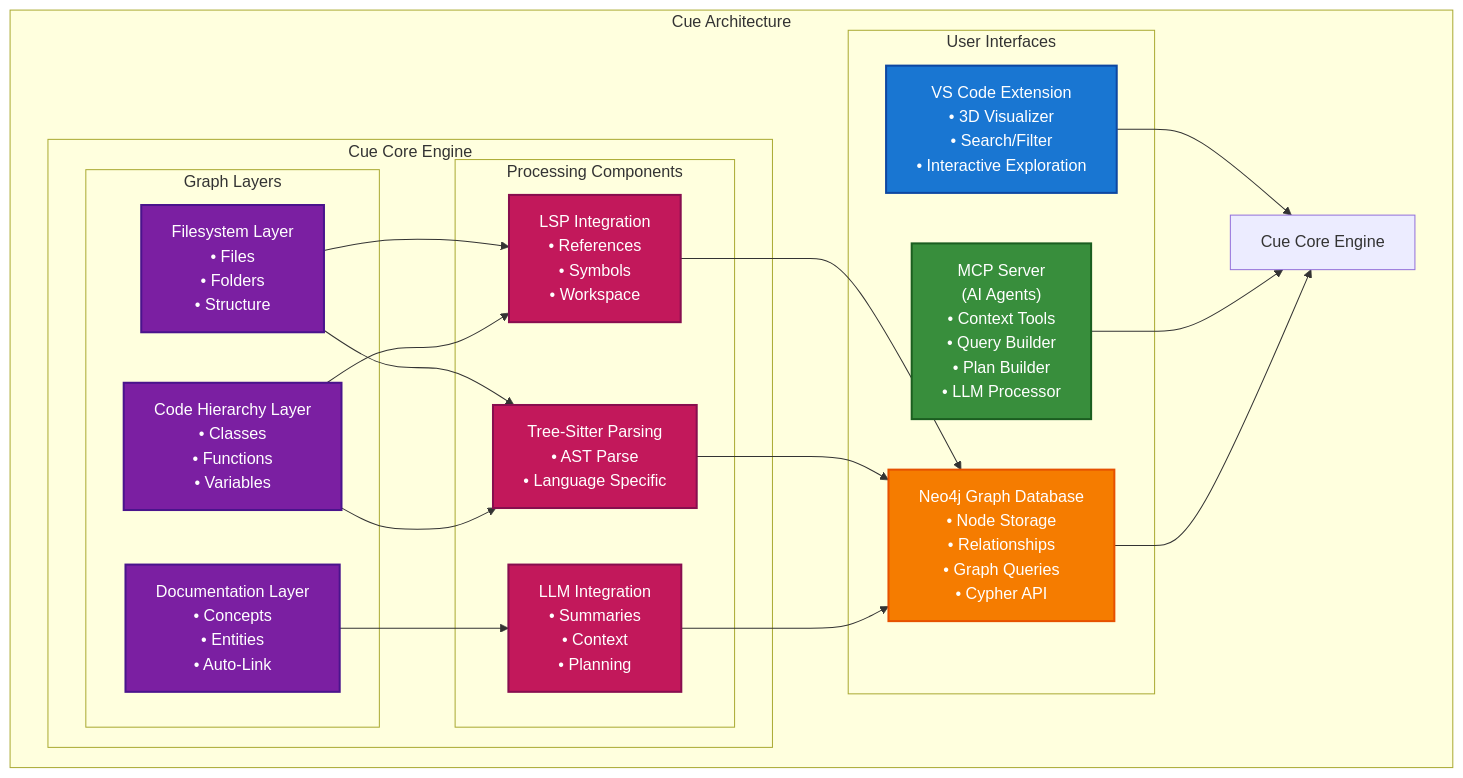
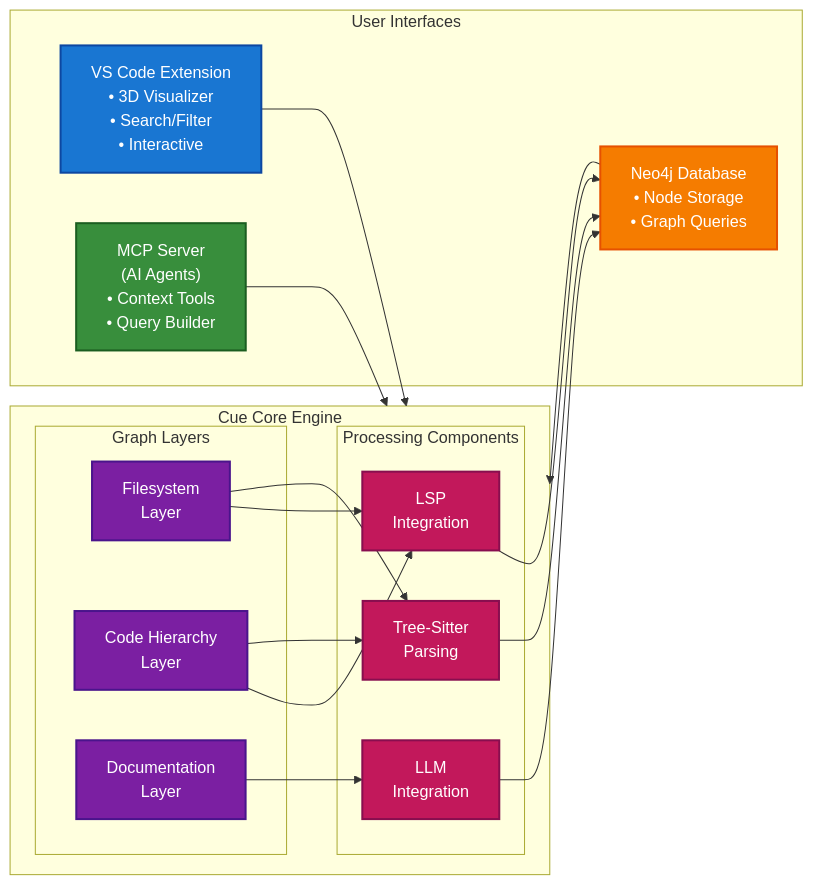
Before and after one commit to rysweet/cue: the diagram in README.md, drawn with Mermaid.

Commit message:
fix: prevent Mermaid diagram truncation with horizontal layout
- Changed from top-bottom (TB) to left-right (LR) flowchart layout
- Simplified node labels to prevent overflow
- Reduced text in each box to essential information
- Maintains dark backgrounds with white text for contrast
- Ensures all components and connections are fully visible

🤖 Generated with [Claude Code](https://claude.ai/code)

````diff
--- a/README.md
+++ b/README.md
@@ -22,48 +22,46 @@
 ```mermaid
-graph TB
-    subgraph "Cue Architecture"
-        subgraph "User Interfaces"
-            VSCode["VS Code Extension<br/>• 3D Visualizer<br/>• Search/Filter<br/>• Interactive Exploration"]
-            MCP["MCP Server<br/>(AI Agents)<br/>• Context Tools<br/>• Query Builder<br/>• Plan Builder<br/>• LLM Processor"]
-            Neo4j["Neo4j Graph Database<br/>• Node Storage<br/>• Relationships<br/>• Graph Queries<br/>• Cypher API"]
+flowchart LR
+    subgraph UI["User Interfaces"]
+        VSCode["VS Code Extension<br/>• 3D Visualizer<br/>• Search/Filter<br/>• Interactive"]
+        MCP["MCP Server<br/>(AI Agents)<br/>• Context Tools<br/>• Query Builder"]
+        Neo4j["Neo4j Database<br/>• Node Storage<br/>• Graph Queries"]
+    end
+    
+    subgraph Core["Cue Core Engine"]
+        subgraph GL["Graph Layers"]
+            FS["Filesystem<br/>Layer"]
+            CH["Code Hierarchy<br/>Layer"]
+            DOC["Documentation<br/>Layer"]
         end
         
-        subgraph "Cue Core Engine"
-            subgraph "Graph Layers"
-                FS["Filesystem Layer<br/>• Files<br/>• Folders<br/>• Structure"]
-                CH["Code Hierarchy Layer<br/>• Classes<br/>• Functions<br/>• Variables"]
-                DOC["Documentation Layer<br/>• Concepts<br/>• Entities<br/>• Auto-Link"]
-            end
-            
-            subgraph "Processing Components"
-                LSP["LSP Integration<br/>• References<br/>• Symbols<br/>• Workspace"]
-                TS["Tree-Sitter Parsing<br/>• AST Parse<br/>• Language Specific"]
-                LLM["LLM Integration<br/>• Summaries<br/>• Context<br/>• Planning"]
-            end
+        subgraph PC["Processing Components"]
+            LSP["LSP<br/>Integration"]
+            TS["Tree-Sitter<br/>Parsing"]
+            LLM["LLM<br/>Integration"]
         end
-        
-        VSCode --> Core[Cue Core Engine]
-        MCP --> Core
-        Neo4j --> Core
-        
-        FS --> LSP
-        FS --> TS
-        CH --> LSP
-        CH --> TS
-        DOC --> LLM
-        
-        LSP --> Neo4j
-        TS --> Neo4j
-        LLM --> Neo4j
     end
+    
+    VSCode --> Core
+    MCP --> Core
+    Neo4j --> Core
+    
+    FS --> LSP
+    FS --> TS
+    CH --> LSP
+    CH --> TS
+    DOC --> LLM
+    
+    LSP --> Neo4j
+    TS --> Neo4j
+    LLM --> Neo4j
     
     style VSCode fill:#1976d2,color:#ffffff,stroke:#0d47a1,stroke-width:2px
     style MCP fill:#388e3c,color:#ffffff,stroke:#1b5e20,stroke-width:2px
     style Neo4j fill:#f57c00,color:#ffffff,stroke:#e65100,stroke-width:2px
     style FS fill:#7b1fa2,color:#ffffff,stroke:#4a148c,stroke-width:2px
     style CH fill:#7b1fa2,color:#ffffff,stroke:#4a148c,stroke-width:2px
     style DOC fill:#7b1fa2,color:#ffffff,stroke:#4a148c,stroke-width:2px
     style LSP fill:#c2185b,color:#ffffff,stroke:#880e4f,stroke-width:2px
     style TS fill:#c2185b,color:#ffffff,stroke:#880e4f,stroke-width:2px
     style LLM fill:#c2185b,color:#ffffff,stroke:#880e4f,stroke-width:2px
 ```
````
